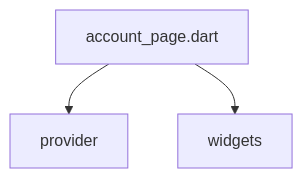
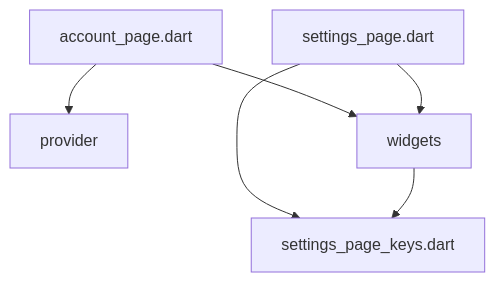
The diagram in lib/features/settings/DEPS.md (repinw/yamt), drawn with Mermaid before and after one commit. The commit also changed 25 other files, not shown here.

````diff
--- a/lib/features/settings/DEPS.md
+++ b/lib/features/settings/DEPS.md
@@ -6,5 +6,8 @@
 ```mermaid
 flowchart TD;
 account_page.dart-->provider;
 account_page.dart-->widgets;
+settings_page.dart-->settings_page_keys.dart;
+settings_page.dart-->widgets;
+widgets-->settings_page_keys.dart;
 ```
````
